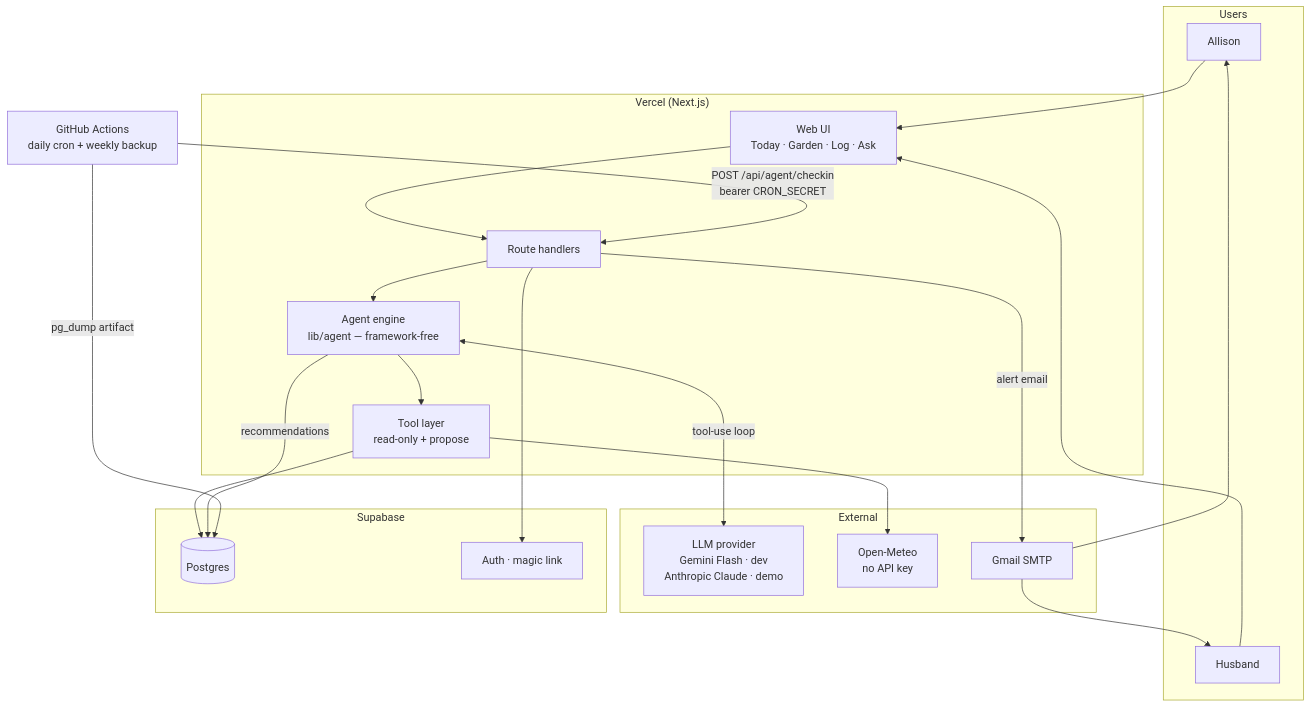
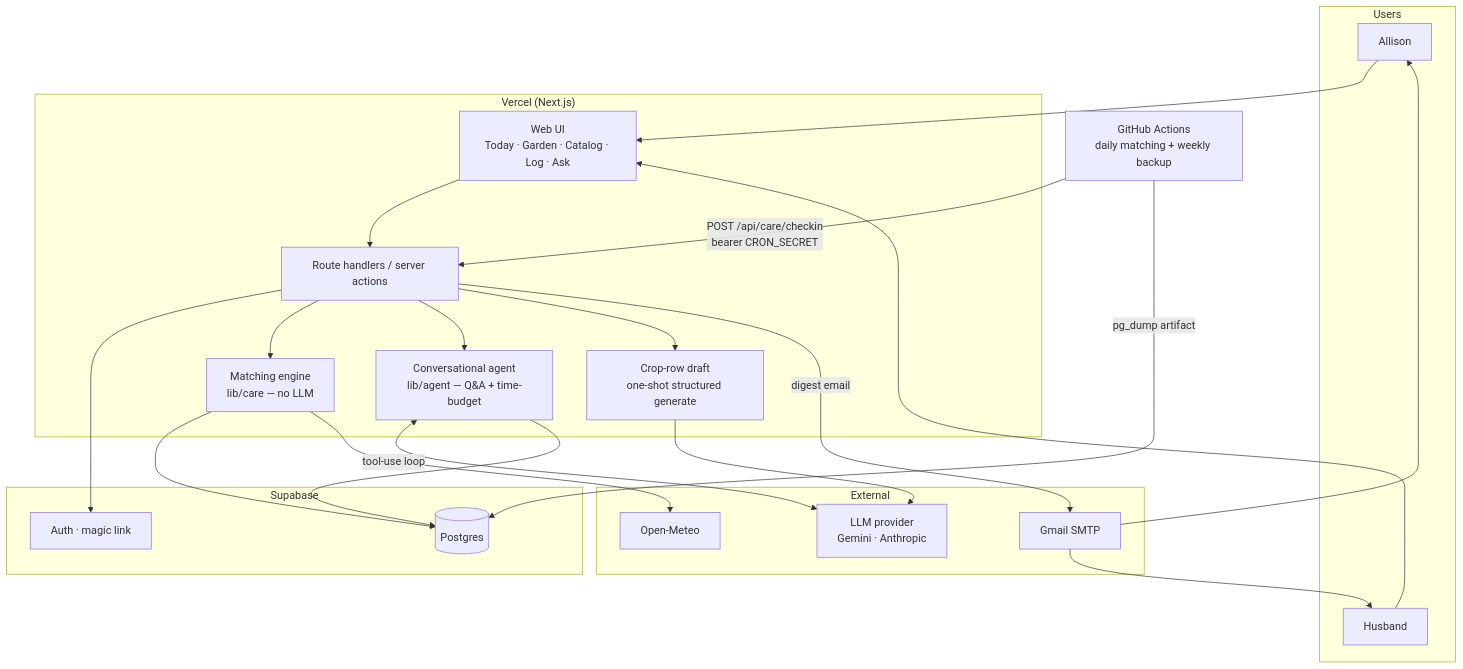
One commit to allisonwalker/GreenThumb changed the diagram in docs/architecture.md. Above: the diagram before and after it, drawn with Mermaid. The commit also changed other lines of this file and 21 other files, not shown here.

Commit message:
Add crop care table

````diff
--- a/docs/architecture.md
+++ b/docs/architecture.md
@@ -45,41 +32,44 @@
 ```mermaid
 flowchart TB
     subgraph Users
         A[Allison]
         H[Husband]
     end
 
     subgraph Vercel["Vercel (Next.js)"]
-        UI[Web UI<br/>Today · Garden · Log · Ask]
-        API[Route handlers]
-        AGENT[Agent engine<br/>lib/agent — framework-free]
-        TOOLS[Tool layer<br/>read-only + propose]
+        UI[Web UI<br/>Today · Garden · Catalog · Log · Ask]
+        API[Route handlers / server actions]
+        MATCH[Matching engine<br/>lib/care — no LLM]
+        AGENT[Conversational agent<br/>lib/agent — Q&A + time-budget]
+        DRAFT[Crop-row draft<br/>one-shot structured generate]
     end
 
     subgraph External
-        LLM[LLM provider<br/>Gemini Flash · dev<br/>Anthropic Claude · demo]
-        WX[Open-Meteo<br/>no API key]
+        LLM[LLM provider<br/>Gemini · Anthropic]
+        WX[Open-Meteo]
         SMTP[Gmail SMTP]
     end
 
     subgraph Supabase
         DB[(Postgres)]
         AUTH[Auth · magic link]
     end
 
-    GHA[GitHub Actions<br/>daily cron + weekly backup]
+    GHA[GitHub Actions<br/>daily matching + weekly backup]
 
     A & H --> UI
     UI --> API
     API --> AUTH
+    API --> MATCH
     API --> AGENT
-    GHA -->|POST /api/agent/checkin<br/>bearer CRON_SECRET| API
-    AGENT --> TOOLS
+    API --> DRAFT
+    GHA -->|POST /api/care/checkin<br/>bearer CRON_SECRET| API
+    MATCH --> DB
+    MATCH --> WX
+    DRAFT --> LLM
     AGENT <-->|tool-use loop| LLM
-    TOOLS --> DB
-    TOOLS --> WX
-    AGENT -->|recommendations| DB
-    API -->|alert email| SMTP
+    AGENT --> DB
+    API -->|digest email| SMTP
     SMTP --> A & H
     GHA -->|pg_dump artifact| DB
 ```
````
